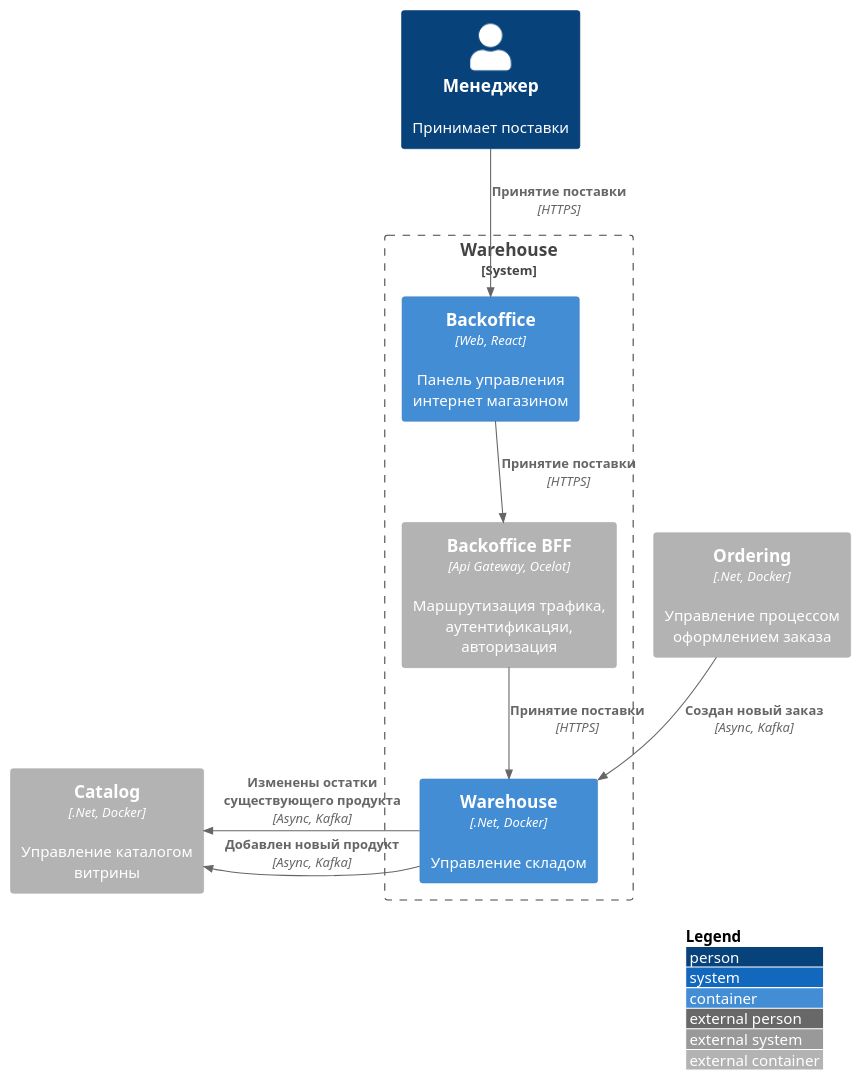
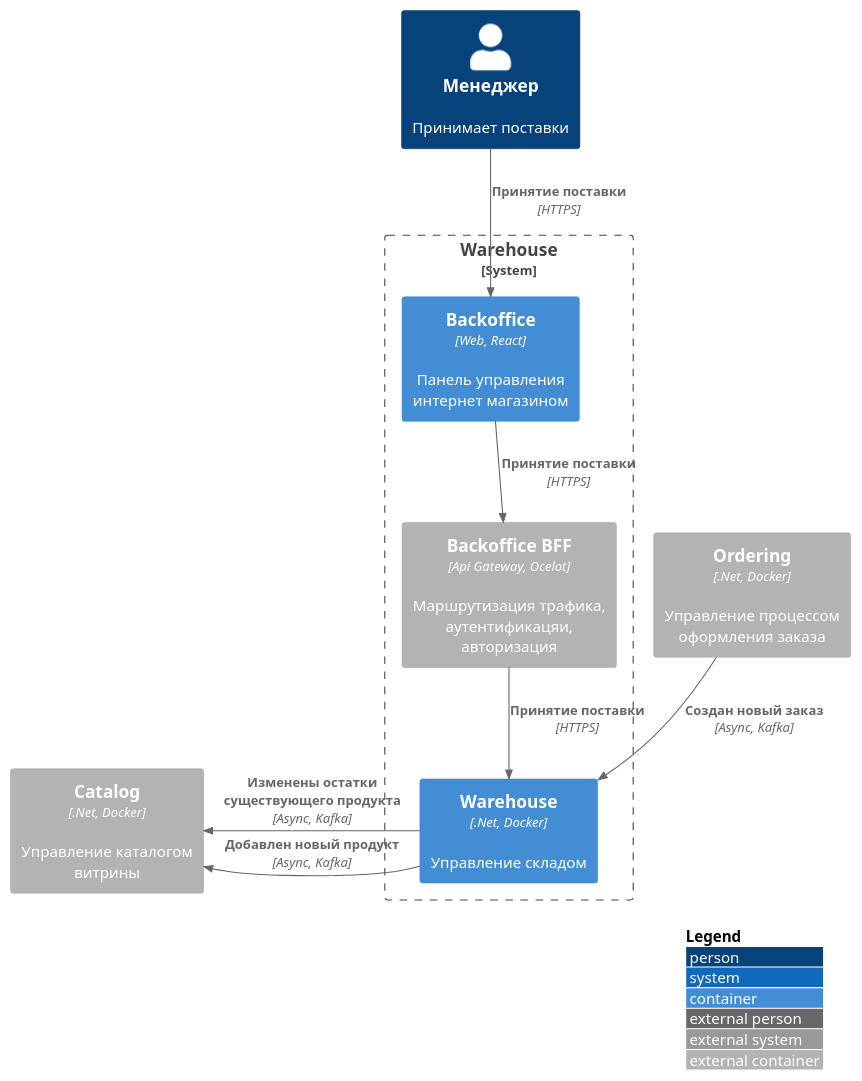
The first of 2 diagrams in services/warehouse/README.md (gerzhan/knigaexpert-system-design), drawn with PlantUML before and after one commit. The commit also changed 8 other files, not shown here.

````diff
--- a/services/warehouse/README.md
+++ b/services/warehouse/README.md
@@ -9,34 +9,34 @@
 ```plantuml
 !include https://raw.githubusercontent.com/plantuml-stdlib/C4-PlantUML/master/C4_Container.puml
 
 skinparam wrapWidth 200
 skinparam maxMessageSize 200
 
 LAYOUT_TOP_DOWN()
 LAYOUT_WITH_LEGEND()
 
 Person(manager, Менеджер, "Принимает поставки")
 
 
 System_Boundary(boundary, "Warehouse") {
 
 ' Backoffice
 Container(backoffice_app, "Backoffice", "Web, React", "Панель управления интернет магазином")  
 Container_Ext(backoffice_bff, "Backoffice BFF", "Api Gateway, Ocelot", "Маршрутизация трафика, аутентификацяи, авторизация")
 Rel(backoffice_app, backoffice_bff, "Принятие поставки", "HTTPS")
 Rel(manager, backoffice_app, "Принятие поставки", "HTTPS")
 
 
 ' Services
 Container(warehouse, "Warehouse", ".Net, Docker", "Управление складом")
 Rel(backoffice_bff, warehouse, "Принятие поставки", "HTTPS")
 }
 
 Container_Ext(catalog, "Catalog", ".Net, Docker", "Управление каталогом витрины")
 Rel_L(warehouse, catalog, "Добавлен новый продукт", "Async, Kafka")
 Rel_L(warehouse, catalog, "Изменены остатки существующего продукта", "Async, Kafka")
 
-Container_Ext(ordering, "Ordering", ".Net, Docker", "Управление процессом оформлением заказа")
+Container_Ext(ordering, "Ordering", ".Net, Docker", "Управление процессом оформления заказа")
 Rel(ordering, warehouse, "Создан новый заказ", "Async, Kafka")
 
 ```
````
